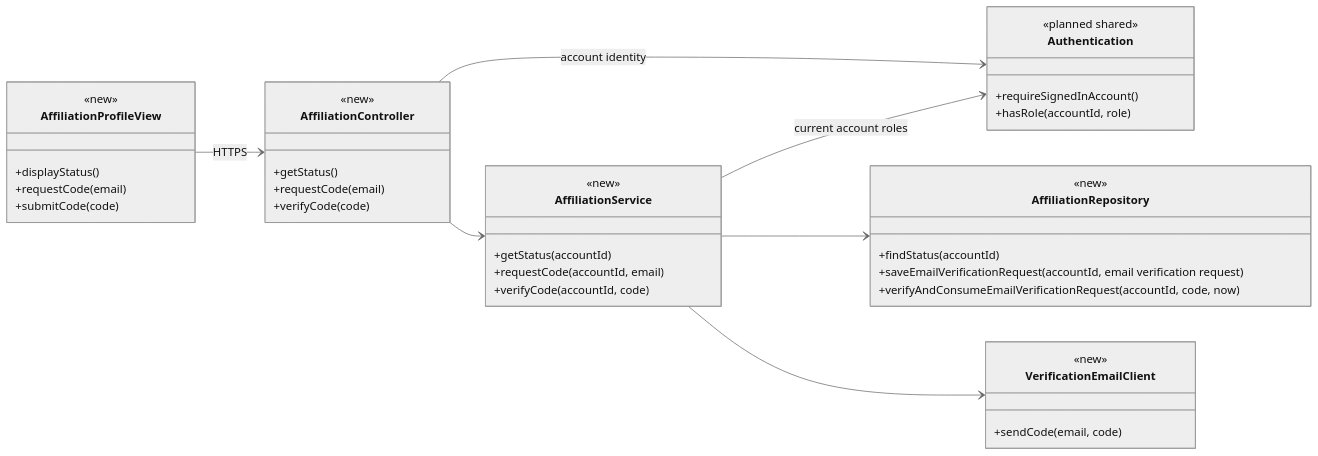
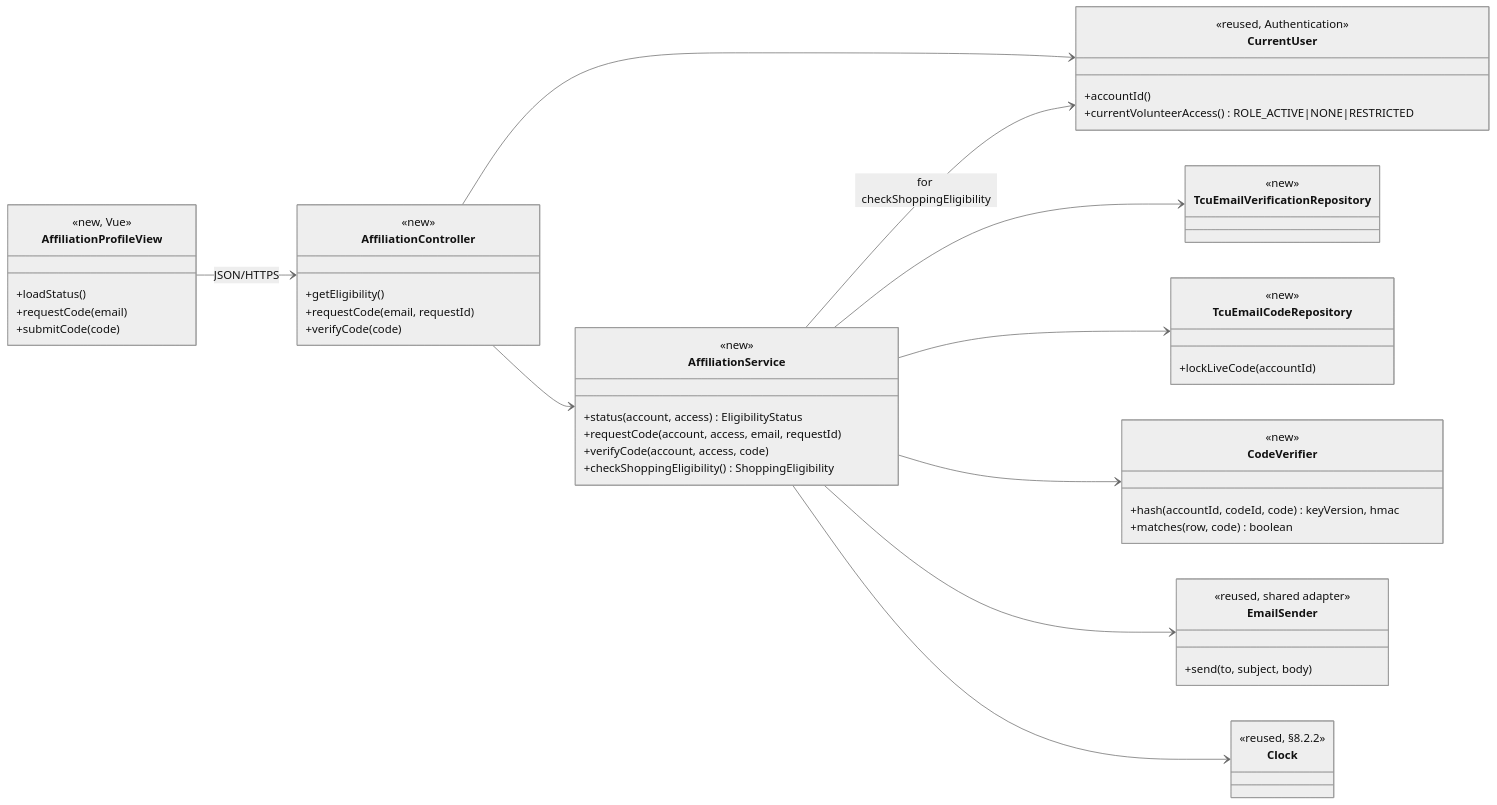
The first of 4 diagrams in docs/design/IDV.md (evelyntrann/cosc-40943-team-3-refrog), drawn with Mermaid (neutral theme) before and after one commit. The commit also changed other lines of this file and 5 other files, not shown here.

First line of the commit message:
docs: revise IDV design for UC-IDV-verify-affiliation against KD-tech-stack

````diff
--- a/docs/design/IDV.md
+++ b/docs/design/IDV.md
@@ -84,43 +40,56 @@
 ```mermaid
 classDiagram
     direction LR
     class AffiliationProfileView {
-        <<new>>
-        +displayStatus()
+        <<new, Vue>>
+        +loadStatus()
         +requestCode(email)
         +submitCode(code)
     }
     class AffiliationController {
         <<new>>
-        +getStatus()
-        +requestCode(email)
+        +getEligibility()
+        +requestCode(email, requestId)
         +verifyCode(code)
     }
     class AffiliationService {
         <<new>>
-        +getStatus(accountId)
-        +requestCode(accountId, email)
-        +verifyCode(accountId, code)
+        +status(account, access) EligibilityStatus
+        +requestCode(account, access, email, requestId)
+        +verifyCode(account, access, code)
+        +checkShoppingEligibility() ShoppingEligibility
     }
-    class AffiliationRepository {
+    class TcuEmailVerificationRepository {
         <<new>>
-        +findStatus(accountId)
-        +saveEmailVerificationRequest(accountId, email verification request)
-        +verifyAndConsumeEmailVerificationRequest(accountId, code, now)
     }
-    class VerificationEmailClient {
+    class TcuEmailCodeRepository {
         <<new>>
-        +sendCode(email, code)
+        +lockLiveCode(accountId)
     }
-    class Authentication {
-        <<planned shared>>
-        +requireSignedInAccount()
-        +hasRole(accountId, role)
+    class CodeVerifier {
+        <<new>>
+        +hash(accountId, codeId, code) keyVersion, hmac
+        +matches(row, code) boolean
     }
-    AffiliationProfileView --> AffiliationController : HTTPS
-    AffiliationController --> Authentication : account identity
+    class CurrentUser {
+        <<reused, Authentication>>
+        +accountId()
+        +currentVolunteerAccess() ROLE_ACTIVE|NONE|RESTRICTED
+    }
+    class EmailSender {
+        <<reused, shared adapter>>
+        +send(to, subject, body)
+    }
+    class Clock {
+        <<reused, §8.2.2>>
+    }
+    AffiliationProfileView --> AffiliationController : JSON/HTTPS
+    AffiliationController --> CurrentUser
     AffiliationController --> AffiliationService
-    AffiliationService --> AffiliationRepository
-    AffiliationService --> VerificationEmailClient
-    AffiliationService --> Authentication : current account roles
+    AffiliationService --> CurrentUser : for checkShoppingEligibility
+    AffiliationService --> TcuEmailVerificationRepository
+    AffiliationService --> TcuEmailCodeRepository
+    AffiliationService --> CodeVerifier
+    AffiliationService --> EmailSender
+    AffiliationService --> Clock
 ```
````
